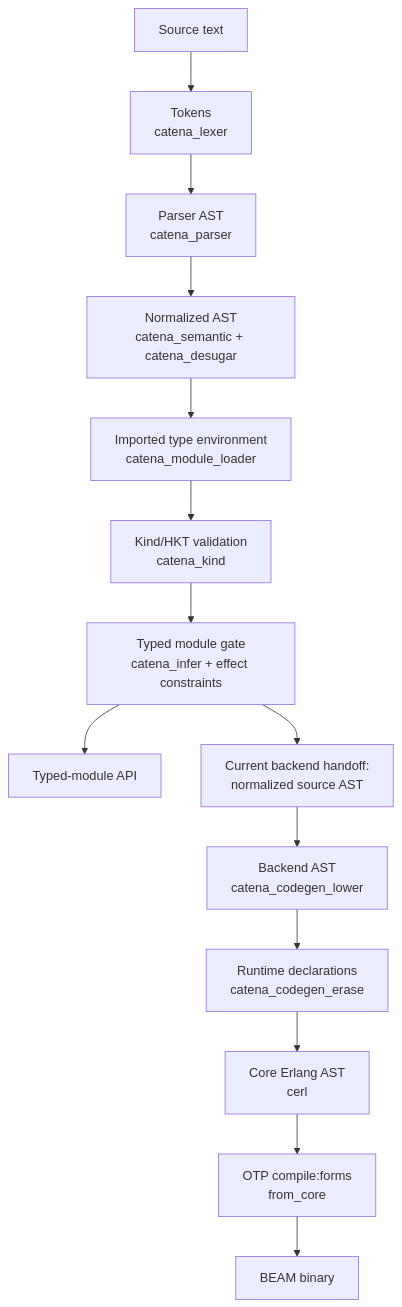
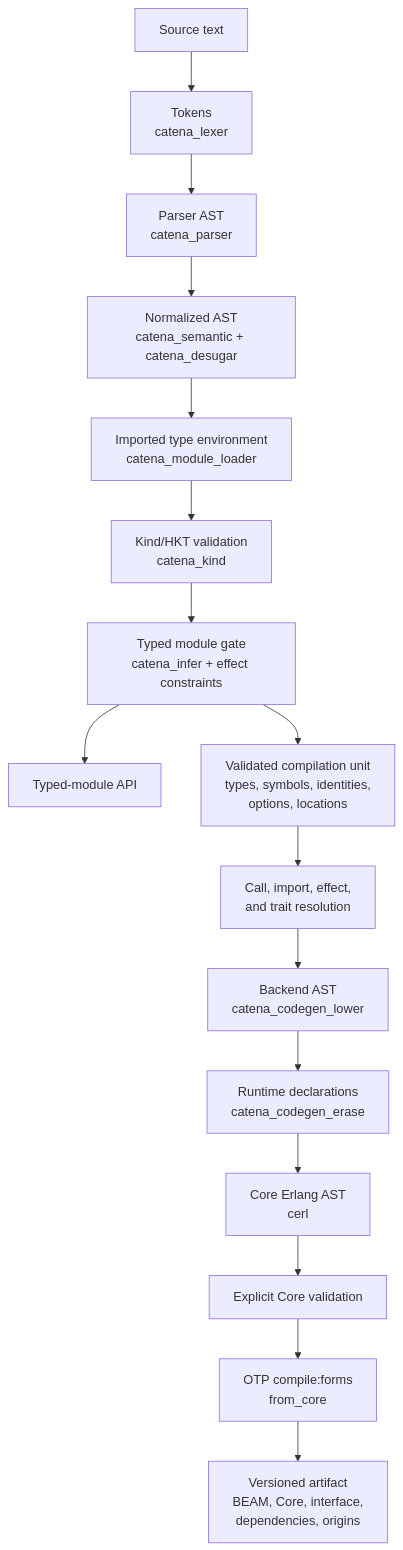
Before and after one commit to pcharbon70/catena: the second of 7 diagrams in guides/developer/architecture_guide.md, drawn with Mermaid. The commit also changed other lines of this file and 8 other files, not shown here.

````diff
--- a/guides/developer/architecture_guide.md
+++ b/guides/developer/architecture_guide.md
@@ -177,17 +180,19 @@
 ```mermaid
 flowchart TD
     Text["Source text"] --> Tokens["Tokens<br/>catena_lexer"]
     Tokens --> Parsed["Parser AST<br/>catena_parser"]
     Parsed --> Semantic["Normalized AST<br/>catena_semantic + catena_desugar"]
     Semantic --> Imports["Imported type environment<br/>catena_module_loader"]
     Imports --> Kinds["Kind/HKT validation<br/>catena_kind"]
     Kinds --> Typed["Typed module gate<br/>catena_infer + effect constraints"]
 
     Typed --> AnalysisAPI["Typed-module API"]
-    Typed --> Handoff["Current backend handoff:<br/>normalized source AST"]
-    Handoff --> Lowered["Backend AST<br/>catena_codegen_lower"]
+    Typed --> Unit["Validated compilation unit<br/>types, symbols, identities,<br/>options, locations"]
+    Unit --> Resolve["Call, import, effect,<br/>and trait resolution"]
+    Resolve --> Lowered["Backend AST<br/>catena_codegen_lower"]
     Lowered --> Erased["Runtime declarations<br/>catena_codegen_erase"]
     Erased --> Core["Core Erlang AST<br/>cerl"]
-    Core --> FromCore["OTP compile:forms<br/>from_core"]
-    FromCore --> Binary["BEAM binary"]
+    Core --> CoreLint["Explicit Core validation"]
+    CoreLint --> FromCore["OTP compile:forms<br/>from_core"]
+    FromCore --> Artifact["Versioned artifact<br/>BEAM, Core, interface,<br/>dependencies, origins"]
 ```
````
